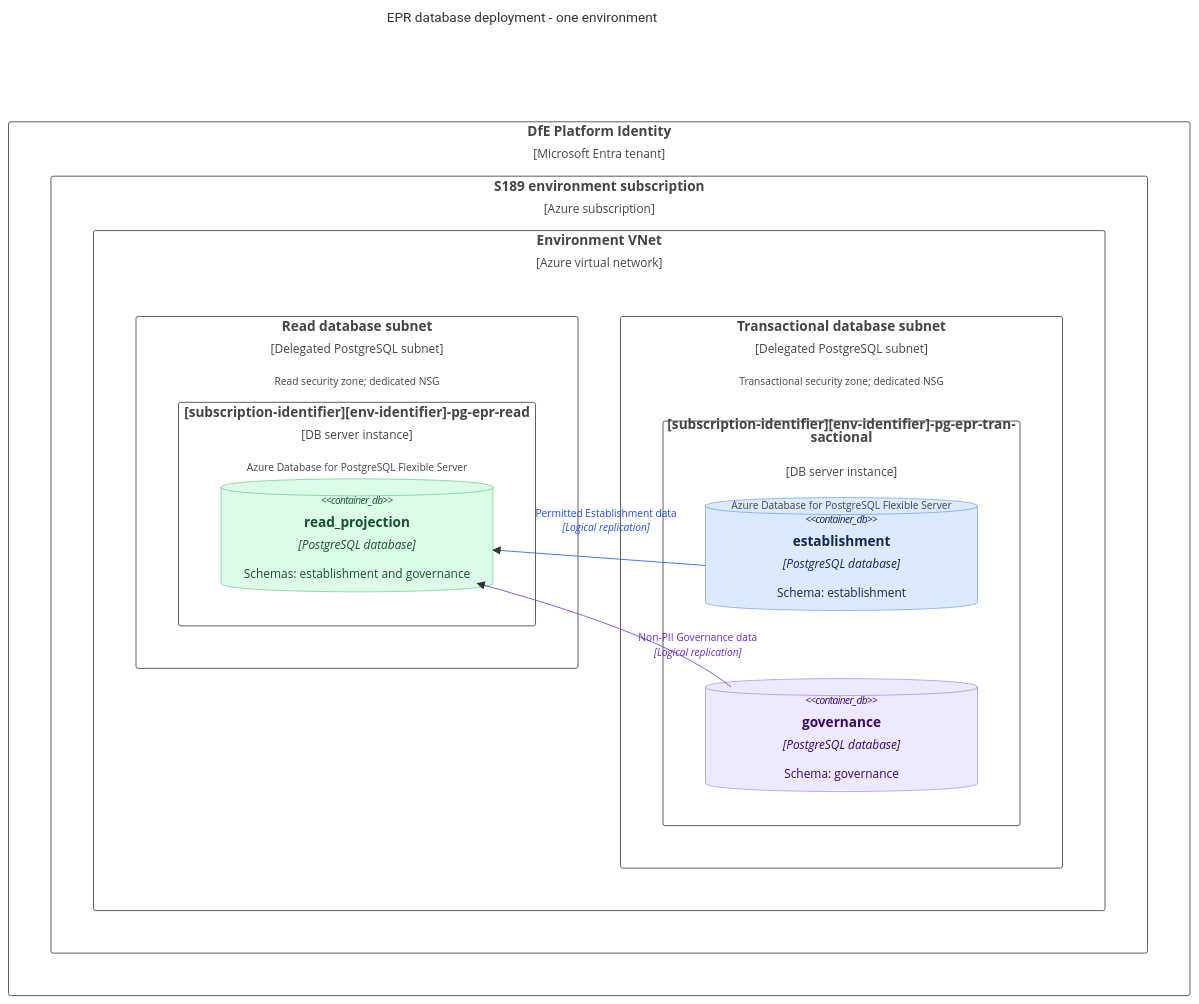
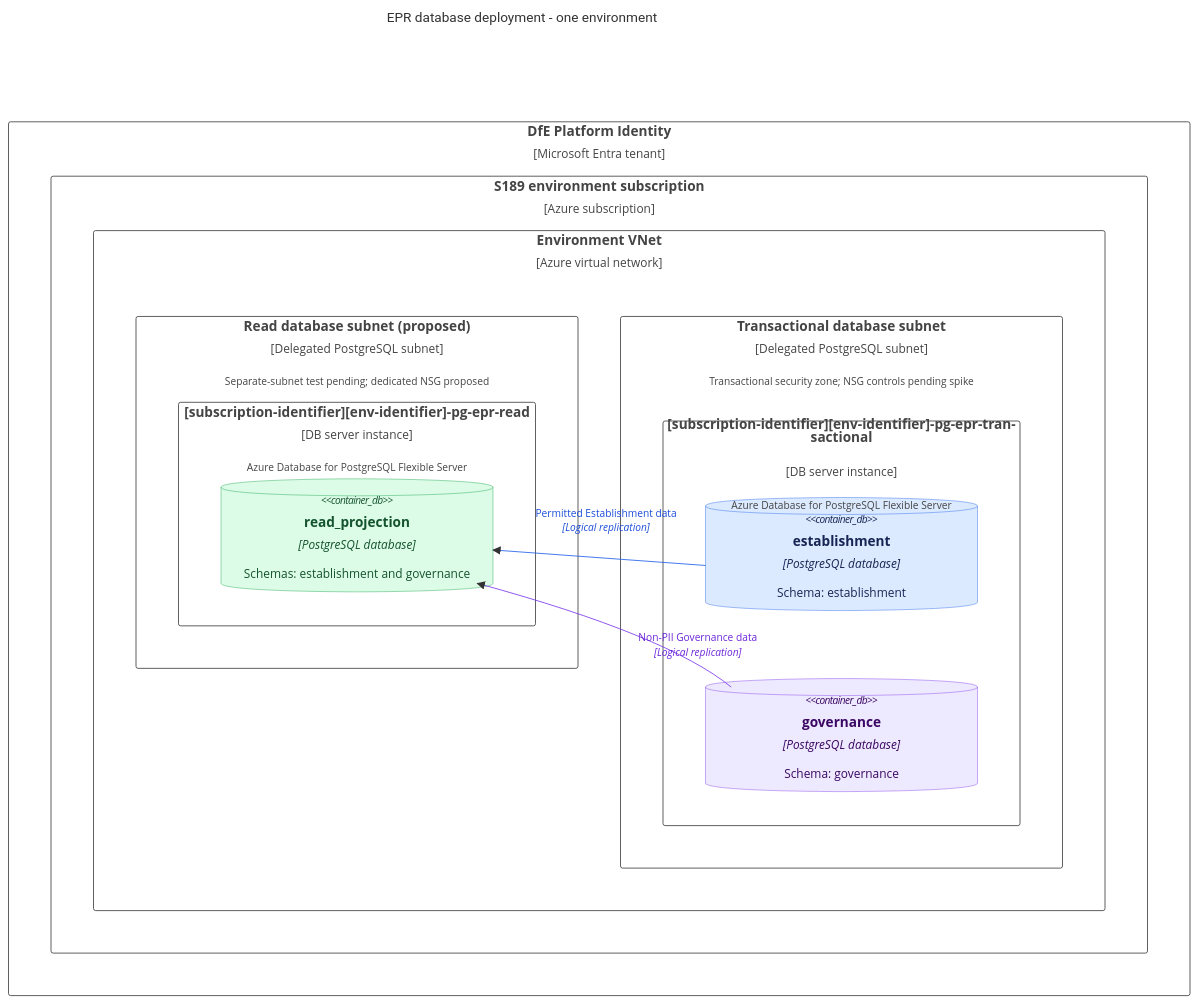
One commit to DFE-Digital/education-provider-registry-docs changed the first of 2 diagrams in data/epr-data-platform-topology-and-replication.md. Above: the diagram before and after it, drawn with Mermaid. The commit also changed other lines of this file and 10 other files, not shown here.

````diff
--- a/data/epr-data-platform-topology-and-replication.md
+++ b/data/epr-data-platform-topology-and-replication.md
@@ -45,35 +55,35 @@
 ```mermaid
 %%{init: {"wrap": true, "c4": {"width": 320}}}%%
 C4Deployment
 title EPR database deployment - one environment
 
 Deployment_Node(tenant, "DfE Platform Identity", "Microsoft Entra tenant") {
     Deployment_Node(subscription, "S189 environment subscription", "Azure subscription") {
         Deployment_Node(vnet, "Environment VNet", "Azure virtual network") {
-            Deployment_Node(read_subnet, "Read database subnet", "Delegated PostgreSQL subnet", "Read security zone; dedicated NSG") {
+            Deployment_Node(read_subnet, "Read database subnet (proposed)", "Delegated PostgreSQL subnet", "Separate-subnet test pending; dedicated NSG proposed") {
                 Deployment_Node(read_server, "[subscription-identifier][env-identifier]-pg-epr-read", "DB server instance", "Azure Database for PostgreSQL Flexible Server") {
                     ContainerDb(read_db, "read_projection", "PostgreSQL database", "Schemas: establishment and governance")
                 }
             }
-            Deployment_Node(transactional_subnet, "Transactional database subnet", "Delegated PostgreSQL subnet", "Transactional security zone; dedicated NSG") {
+            Deployment_Node(transactional_subnet, "Transactional database subnet", "Delegated PostgreSQL subnet", "Transactional security zone; NSG controls pending spike") {
                 Deployment_Node(transactional, "[subscription-identifier][env-identifier]-pg-epr-transactional", "DB server instance", "Azure Database for PostgreSQL Flexible Server") {
                     ContainerDb(establishment_db, "establishment", "PostgreSQL database", "Schema: establishment")
                     ContainerDb(governance_db, "governance", "PostgreSQL database", "Schema: governance")
                 }
             }
         }
     }
 }
 
 Rel(establishment_db, read_db, "Permitted Establishment data", "Logical replication")
 Rel(governance_db, read_db, "Non-PII Governance data", "Logical replication")
 
 %% Relationships show data flow. The subscriber initiates the network connection to the publisher.
 
 UpdateElementStyle(establishment_db, $bgColor="#DBEAFE", $fontColor="#172554", $borderColor="#2563EB")
 UpdateElementStyle(governance_db, $bgColor="#EDE9FE", $fontColor="#3B0764", $borderColor="#7C3AED")
 UpdateElementStyle(read_db, $bgColor="#DCFCE7", $fontColor="#14532D", $borderColor="#16A34A")
 UpdateRelStyle(establishment_db, read_db, $textColor="#1D4ED8", $lineColor="#2563EB", $offsetX="-75", $offsetY="-55")
 UpdateRelStyle(governance_db, read_db, $textColor="#6D28D9", $lineColor="#7C3AED", $offsetX="40", $offsetY="0")
 UpdateLayoutConfig($c4ShapeInRow="2", $c4BoundaryInRow="2")
 ```
````
